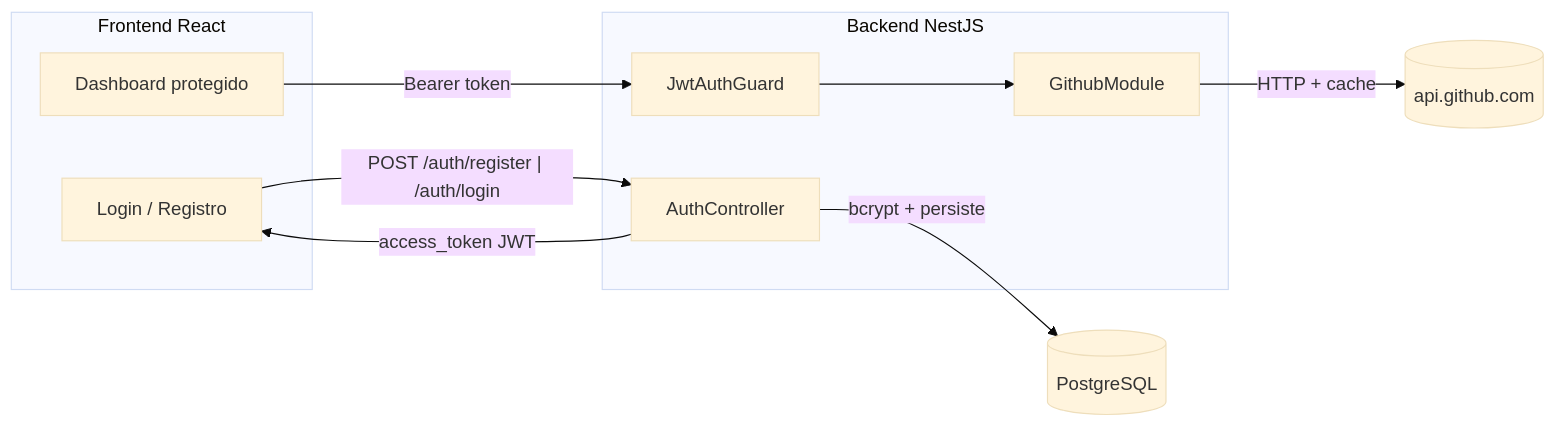
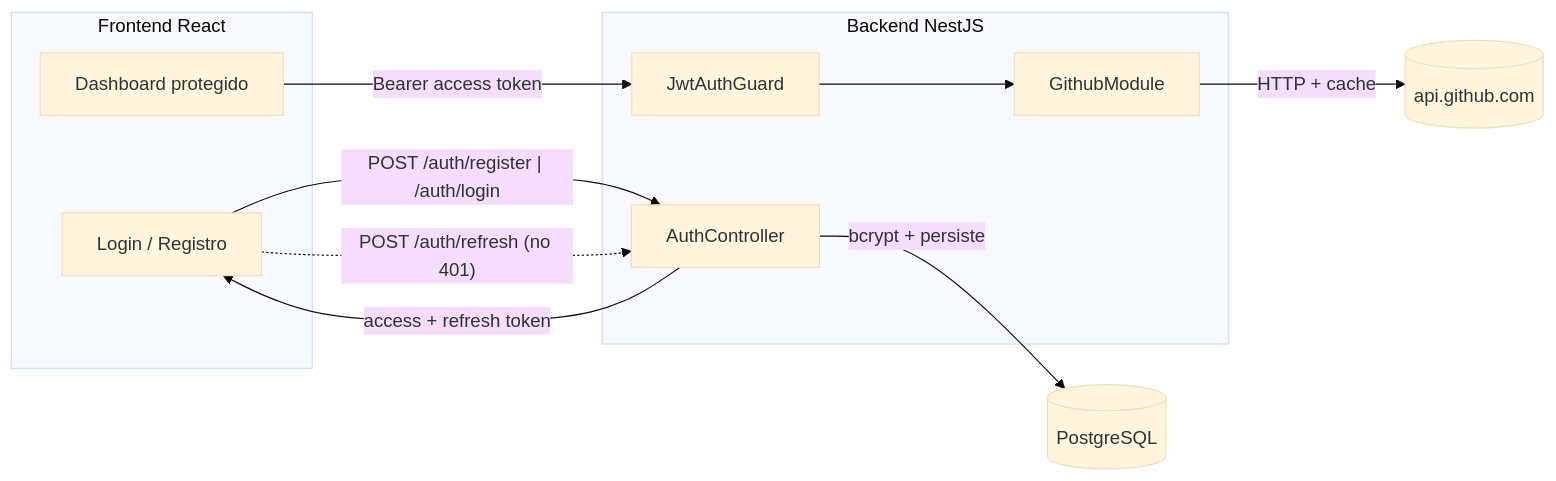
The diagram in README.md (pedrowperez/github-insights-dashboard), drawn with Mermaid (base theme) before and after one commit. The commit also changed other lines of this file and 30 other files, not shown here.

First line of the commit message:
feat: refresh token, migrations, paginacao e testes e2e

````diff
--- a/README.md
+++ b/README.md
@@ -124,21 +132,22 @@
 ```mermaid
 flowchart LR
   subgraph FE [Frontend React]
     Auth[Login / Registro]
     Dash[Dashboard protegido]
   end
   subgraph BE [Backend NestJS]
     Ctrl[AuthController]
     Guard[JwtAuthGuard]
     GH[GithubModule]
   end
   DB[(PostgreSQL)]
   GitHub[(api.github.com)]
 
   Auth -->|"POST /auth/register | /auth/login"| Ctrl
   Ctrl -->|bcrypt + persiste| DB
-  Ctrl -->|access_token JWT| Auth
-  Dash -->|Bearer token| Guard
+  Ctrl -->|access + refresh token| Auth
+  Auth -.->|"POST /auth/refresh (no 401)"| Ctrl
+  Dash -->|Bearer access token| Guard
   Guard --> GH
   GH -->|HTTP + cache| GitHub
 ```
````
